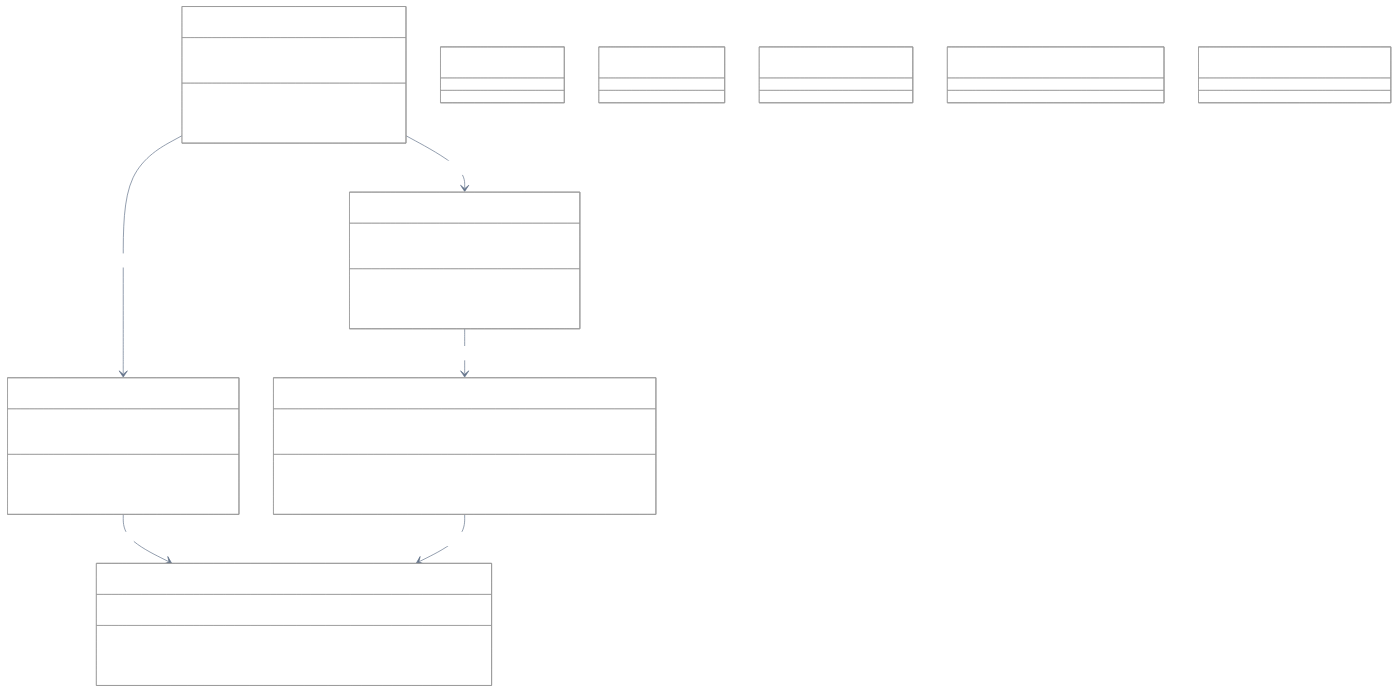
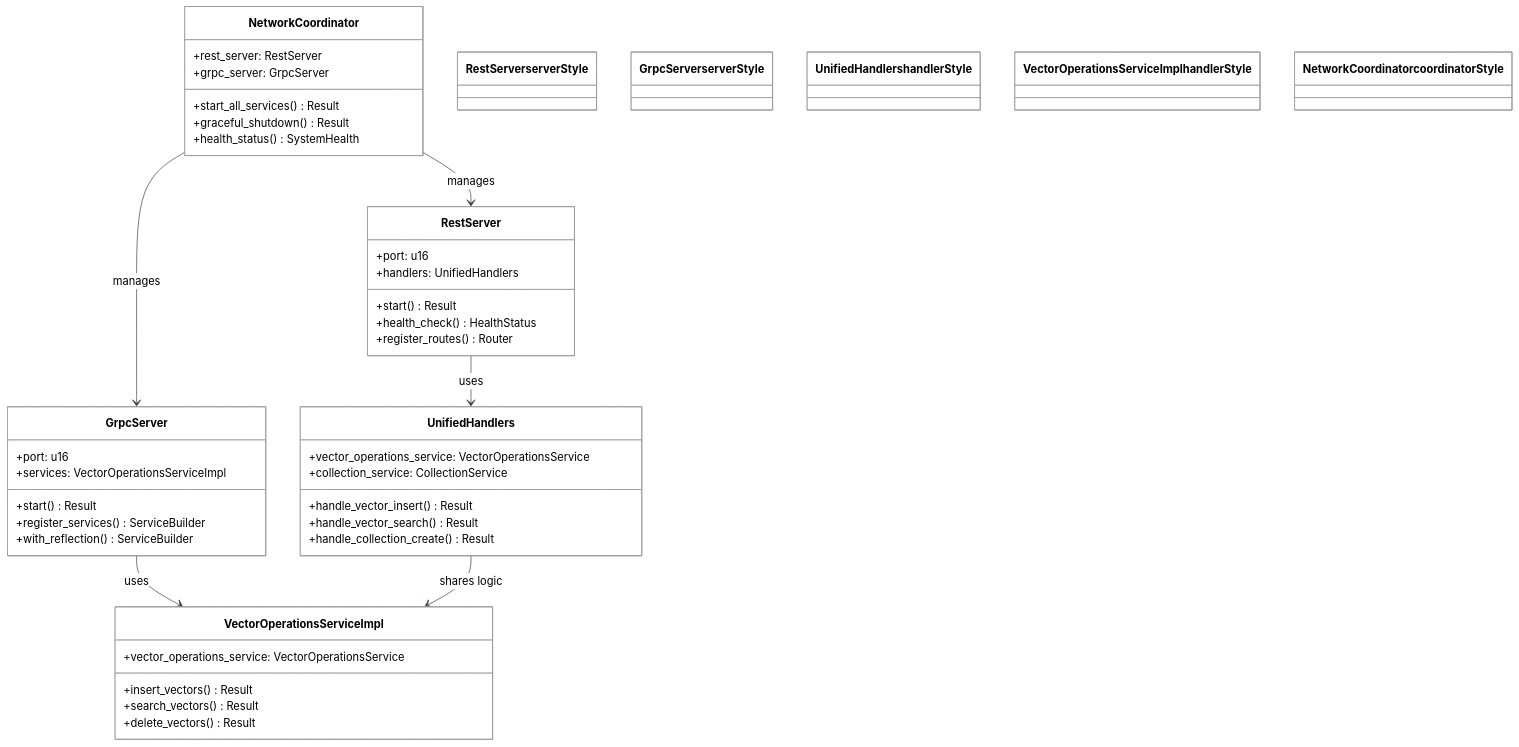
Before and after one commit to vjsingh1984/proximaDB: the diagram in docs/diagrams/network-services-detail-modular.mmd, drawn with Mermaid. The commit also changed 33 other files, not shown here.

First line of the commit message:
fix: resolve test compilation errors and improve diagram rendering

```diff
--- a/docs/diagrams/network-services-detail-modular.mmd
+++ b/docs/diagrams/network-services-detail-modular.mmd
@@ -1,58 +1,58 @@
-%%{init: {"theme":"neutral", "themeVariables": {"primaryColor":"#2563eb","primaryTextColor":"#ffffff","primaryBorderColor":"#1e40af","lineColor":"#64748b","secondaryColor":"#10b981","secondaryTextColor":"#ffffff","tertiaryColor":"#f59e0b","tertiaryTextColor":"#ffffff","background":"transparent","mainBkg":"#ffffff","secondBkg":"#f8fafc","textColor":"#1e293b","nodeTextColor":"#1e293b","fontFamily":"-apple-system, BlinkMacSystemFont, Segoe UI, Roboto, sans-serif","fontSize":"14px","clusterBkg":"#f1f5f9","clusterBorder":"#cbd5e1","edgeLabelBackground":"#ffffff"}}}%%
+%%{init: {"theme":"neutral", "themeVariables": {"primaryColor":"#2563eb","primaryTextColor":"#000000","primaryBorderColor":"#1e40af","lineColor":"#374151","secondaryColor":"#10b981","secondaryTextColor":"#000000","tertiaryColor":"#f59e0b","tertiaryTextColor":"#000000","background":"#ffffff","mainBkg":"#ffffff","secondBkg":"#f8fafc","textColor":"#000000","nodeTextColor":"#000000","fontFamily":"Arial, sans-serif","fontSize":"16px","clusterBkg":"#f1f5f9","clusterBorder":"#374151","edgeLabelBackground":"#ffffff"}}}%%
 classDiagram
     class RestServer {
         +port: u16
         +handlers: UnifiedHandlers
-        +start(config: ServerConfig) Result~()~
+        +start() Result
         +health_check() HealthStatus
         +register_routes() Router
     }
     
     class GrpcServer {
         +port: u16
         +services: VectorOperationsServiceImpl
-        +start(config: ServerConfig) Result~()~
+        +start() Result
         +register_services() ServiceBuilder
         +with_reflection() ServiceBuilder
     }
     
     class UnifiedHandlers {
-        +vector_operations_service: Arc~VectorOperationsService~
-        +collection_service: Arc~CollectionService~
-        +handle_vector_insert(request: InsertRequest) Result~Response~
-        +handle_vector_search(request: SearchRequest) Result~Response~
-        +handle_collection_create(request: CreateRequest) Result~Response~
+        +vector_operations_service: VectorOperationsService
+        +collection_service: CollectionService
+        +handle_vector_insert() Result
+        +handle_vector_search() Result
+        +handle_collection_create() Result
     }
     
     class VectorOperationsServiceImpl {
-        +vector_operations_service: Arc~VectorOperationsService~
-        +insert_vectors(request: InsertVectorsRequest) Result~Response~
-        +search_vectors(request: SearchRequest) Result~Response~
-        +delete_vectors(request: DeleteRequest) Result~Response~
+        +vector_operations_service: VectorOperationsService
+        +insert_vectors() Result
+        +search_vectors() Result
+        +delete_vectors() Result
     }
     
     class NetworkCoordinator {
         +rest_server: RestServer
         +grpc_server: GrpcServer
-        +start_all_services() Result~()~
-        +graceful_shutdown() Result~()~
+        +start_all_services() Result
+        +graceful_shutdown() Result
         +health_status() SystemHealth
     }
     
     %% Relationships
     RestServer --> UnifiedHandlers : uses
     GrpcServer --> VectorOperationsServiceImpl : uses
     NetworkCoordinator --> RestServer : manages
     NetworkCoordinator --> GrpcServer : manages
     UnifiedHandlers --> VectorOperationsServiceImpl : shares logic
     
-    %% Professional styling
-    classDef serverStyle fill:#dbeafe,stroke:#1d4ed8,stroke-width:2px,color:#1e293b,font-weight:bold
-    classDef handlerStyle fill:#f0fdf4,stroke:#16a34a,stroke-width:2px,color:#14532d,font-weight:bold
-    classDef coordinatorStyle fill:#fef2f2,stroke:#dc2626,stroke-width:2px,color:#7f1d1d,font-weight:bold
+    %% Browser-independent styling with explicit colors
+    classDef serverStyle fill:#e8f4fd,stroke:#1565c0,stroke-width:3px,color:#000000
+    classDef handlerStyle fill:#e8f5e8,stroke:#2e7d32,stroke-width:3px,color:#000000
+    classDef coordinatorStyle fill:#ffebee,stroke:#d32f2f,stroke-width:3px,color:#000000
     
     class RestServer serverStyle
     class GrpcServer serverStyle
     class UnifiedHandlers handlerStyle
     class VectorOperationsServiceImpl handlerStyle
     class NetworkCoordinator coordinatorStyle
```
